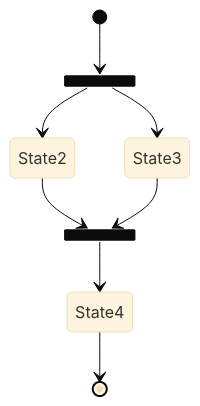
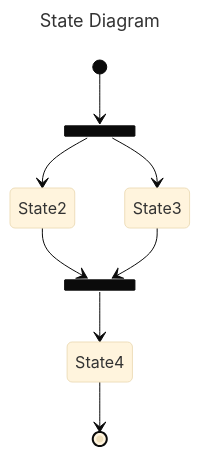
The eighth of 8 diagrams in docs/mermaid.md (jcouball/notes), drawn with Mermaid (base theme) before and after one commit. The commit also changed other lines of this file and 1 other file, not shown here.

Commit message:
Update Mermaid examples (#13)

````diff
--- a/docs/mermaid.md
+++ b/docs/mermaid.md
@@ -120,13 +152,16 @@
 ``` mermaid
+---
+title: State Diagram
+---
 stateDiagram-v2
   state fork_state <<fork>>
     [*] --> fork_state
     fork_state --> State2
     fork_state --> State3
 
     state join_state <<join>>
     State2 --> join_state
     State3 --> join_state
     join_state --> State4
     State4 --> [*]
 ```
````
